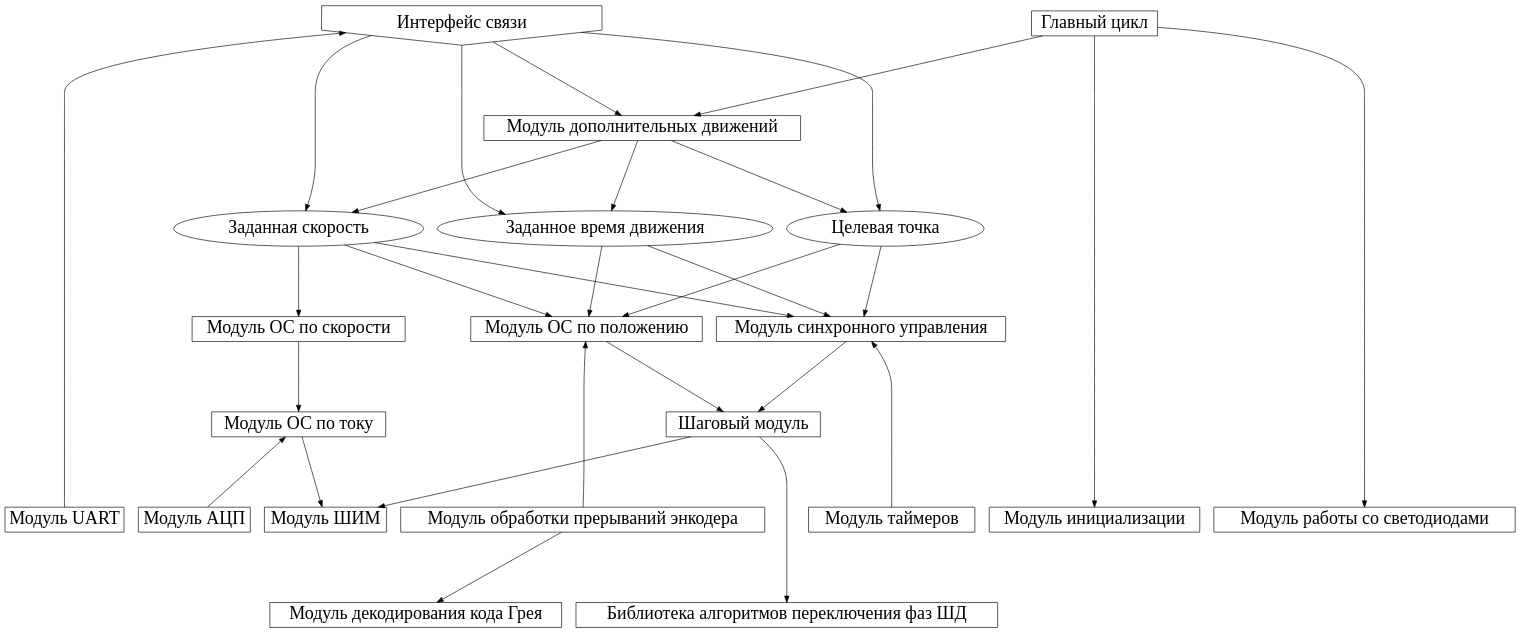
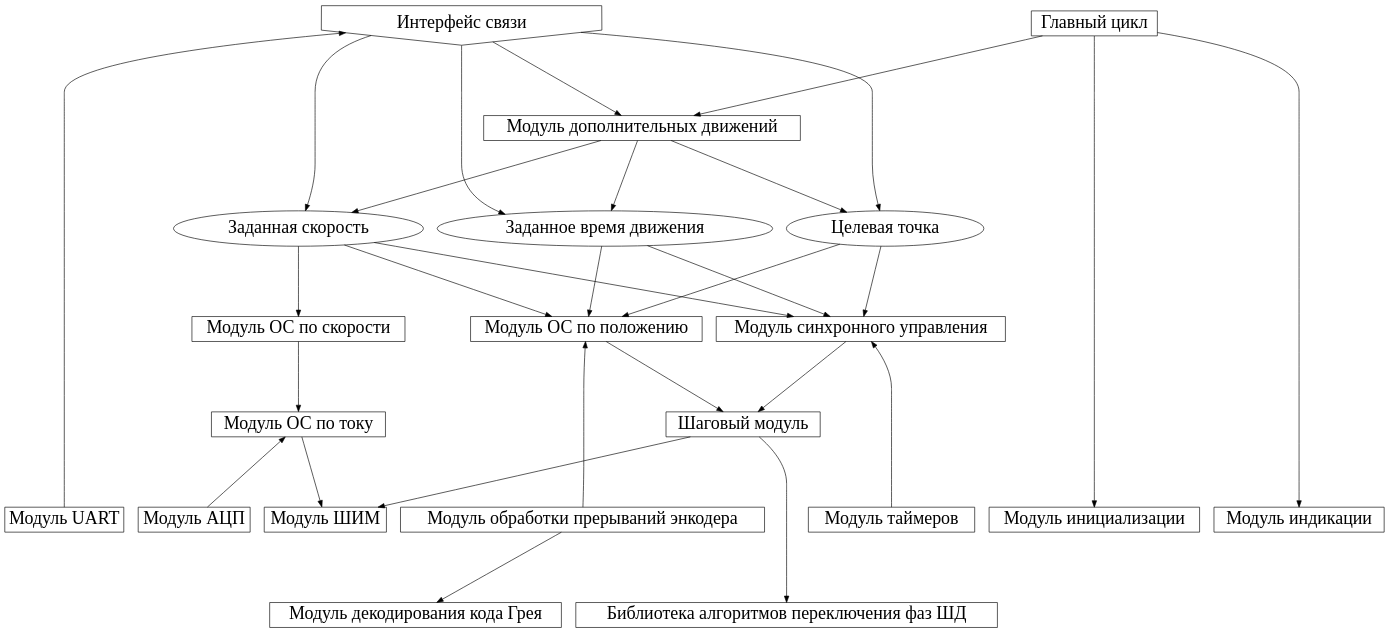
One commit to TheGreenBox/sattelite_step_drive changed the diagram in docs/graph/soft_arch.dot. Above: the diagram before and after it, drawn with Graphviz. The commit also changed 4 other files, not shown here.

```diff
--- a/docs/graph/soft_arch.dot
+++ b/docs/graph/soft_arch.dot
@@ -1,87 +1,87 @@
 digraph sat_step_ach {
     start="random";
     nodesep=0.3;
     bgcolor="transparent";
     node[shape=record, fontname="ISOCPEUR Italic", fontsize=28];
     edge[minlen=3];
 
     connection[shape=invhouse, label="Интерфейс связи"];
     {
         rank=same;
         moving_time[shape=ellipse, label="Заданное время движения"];
         speed[shape=ellipse, label="Заданная скорость"];
         goal_coord[shape=ellipse, label="Целевая точка"];
     }
 
     elementary_motions  [shape=box, label="Модуль дополнительных движений"];
     main                [shape=box, label="Главный цикл"];
 
     {
         rank=same;
         synchronized_control[shape=box, label="Модуль синхронного управления"];
         feedback_control    [shape=box, label="Модуль ОС по положению"];
         speed_feedback      [shape=box, label="Модуль ОС по скорости"];
     }
 
     {
         rank=same;
         current_feedback    [shape=box, label="Модуль ОС по току"];
         control_algo        [shape=box, label="Шаговый модуль"];
     }
 
     {
         // hardware level
         rank=same;
         timers              [shape=box, label="Модуль таймеров"];
         pwm_wrap_module     [shape=box, label="Модуль ШИМ"];
         init                [shape=box, label="Модуль инициализации"];
         adc                 [shape=box, label="Модуль АЦП"];
-        led_control         [shape=box, label="Модуль работы со светодиодами"];
+        led_control         [shape=box, label="Модуль индикации"];
         uart                [shape=box, label="Модуль UART"];
         sensors_encoder     [shape=box, label="Модуль обработки прерываний энкодера"];
     }
     {
         rank=same;
         sensors_gray_code_decoder[shape=box, label="Модуль декодирования кода Грея"];
         algo_types          [shape=box, label="Библиотека алгоритмов переключения фаз ШД"];
     }
 
     main -> init;
     main -> led_control;
     main -> elementary_motions;
 
     uart -> connection;
     connection -> moving_time;
     connection -> speed;
     connection -> goal_coord;
     connection -> elementary_motions;
 
     speed       -> synchronized_control;
     goal_coord  -> synchronized_control;
     moving_time -> synchronized_control;
 
     speed       -> feedback_control;
     goal_coord  -> feedback_control;
     moving_time -> feedback_control;
 
     speed  -> speed_feedback;
 
     synchronized_control -> control_algo;
     feedback_control     -> control_algo;
 
     control_algo -> pwm_wrap_module;
     control_algo -> algo_types;
 
     timers -> synchronized_control;
     sensors_encoder -> feedback_control;
 
     elementary_motions -> moving_time;
     elementary_motions -> speed;
     elementary_motions -> goal_coord;
 
     speed_feedback -> current_feedback;
     adc ->  current_feedback;
     current_feedback -> pwm_wrap_module;
 
     sensors_encoder -> sensors_gray_code_decoder;
 }
```
